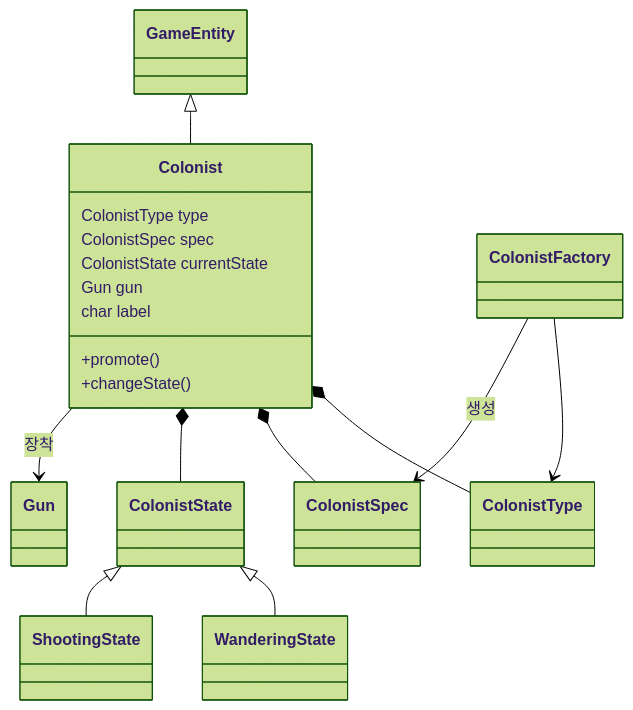
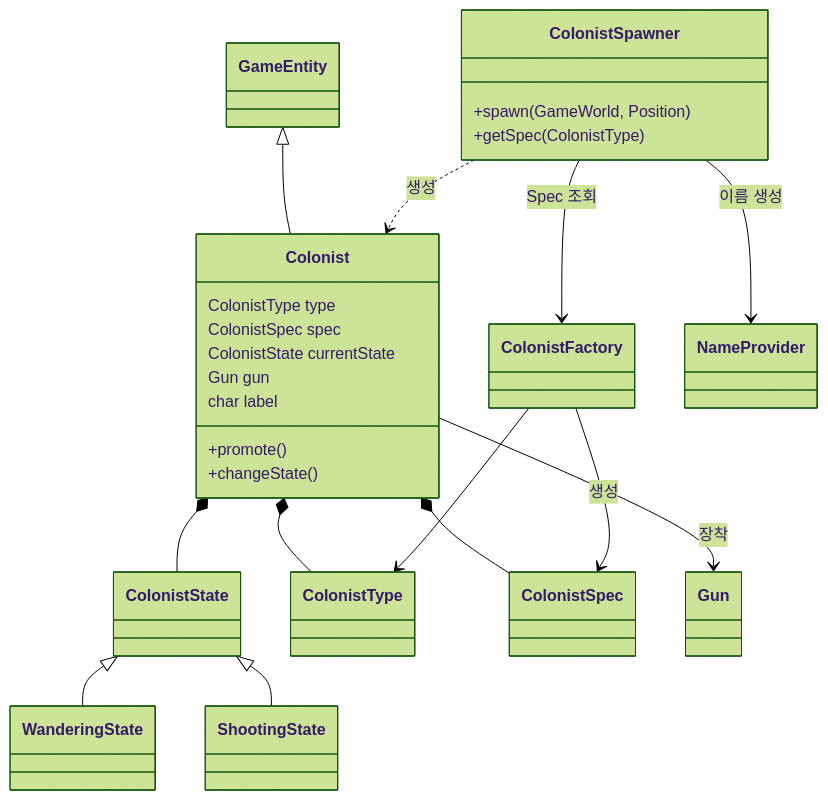
Before and after one commit to weweweme/teamnova_basic_class: the third of 12 diagrams in week6/CLAUDE.md, drawn with Mermaid (forest theme). The commit also changed other lines of this file and 30 other files, not shown here.

````diff
--- a/week6/CLAUDE.md
+++ b/week6/CLAUDE.md
@@ -170,24 +172,32 @@
 ```mermaid
 classDiagram
     GameEntity <|-- Colonist
     ColonistState <|-- WanderingState
     ColonistState <|-- ShootingState
 
     Colonist *-- ColonistType
     Colonist *-- ColonistSpec
     Colonist *-- ColonistState
     Colonist --> Gun : 장착
 
     ColonistFactory --> ColonistType
     ColonistFactory --> ColonistSpec : 생성
 
+    ColonistSpawner --> ColonistFactory : Spec 조회
+    ColonistSpawner --> NameProvider : 이름 생성
+    ColonistSpawner ..> Colonist : 생성
+
     class Colonist {
         ColonistType type
         ColonistSpec spec
         ColonistState currentState
         Gun gun
         char label
         +promote()
         +changeState()
     }
+    class ColonistSpawner {
+        +spawn(GameWorld, Position)
+        +getSpec(ColonistType)
+    }
 ```
````
